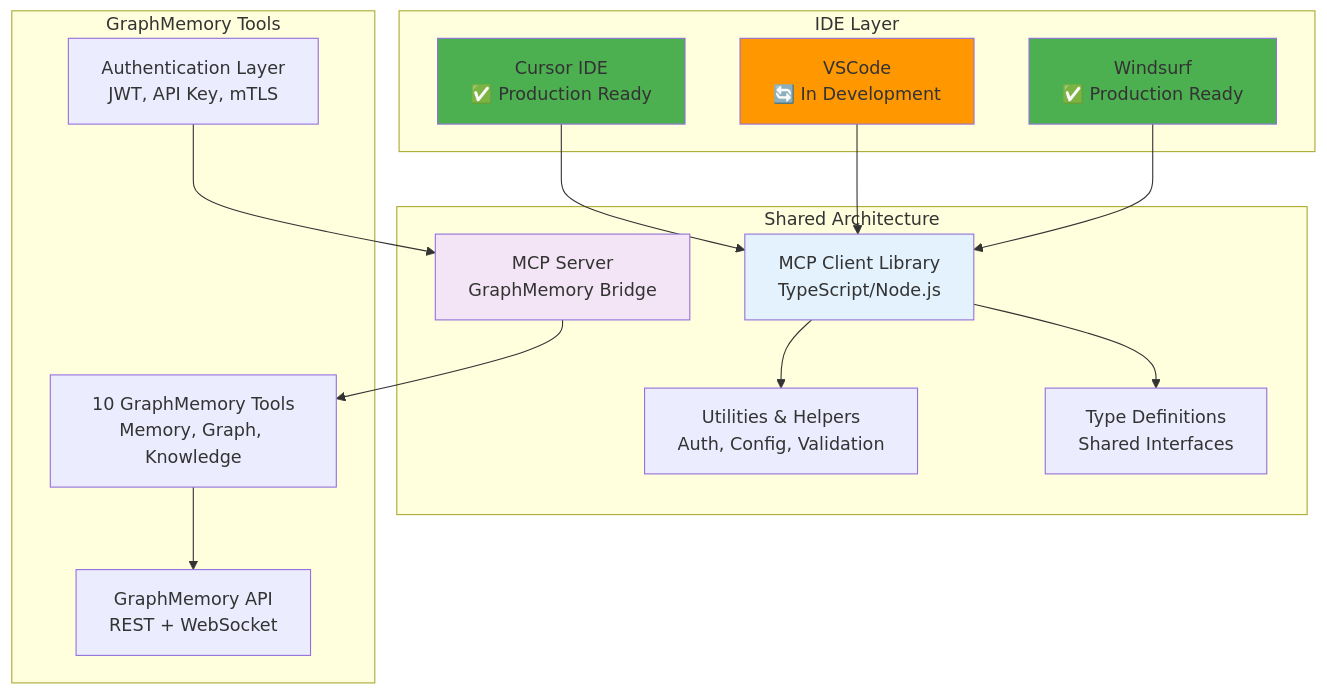
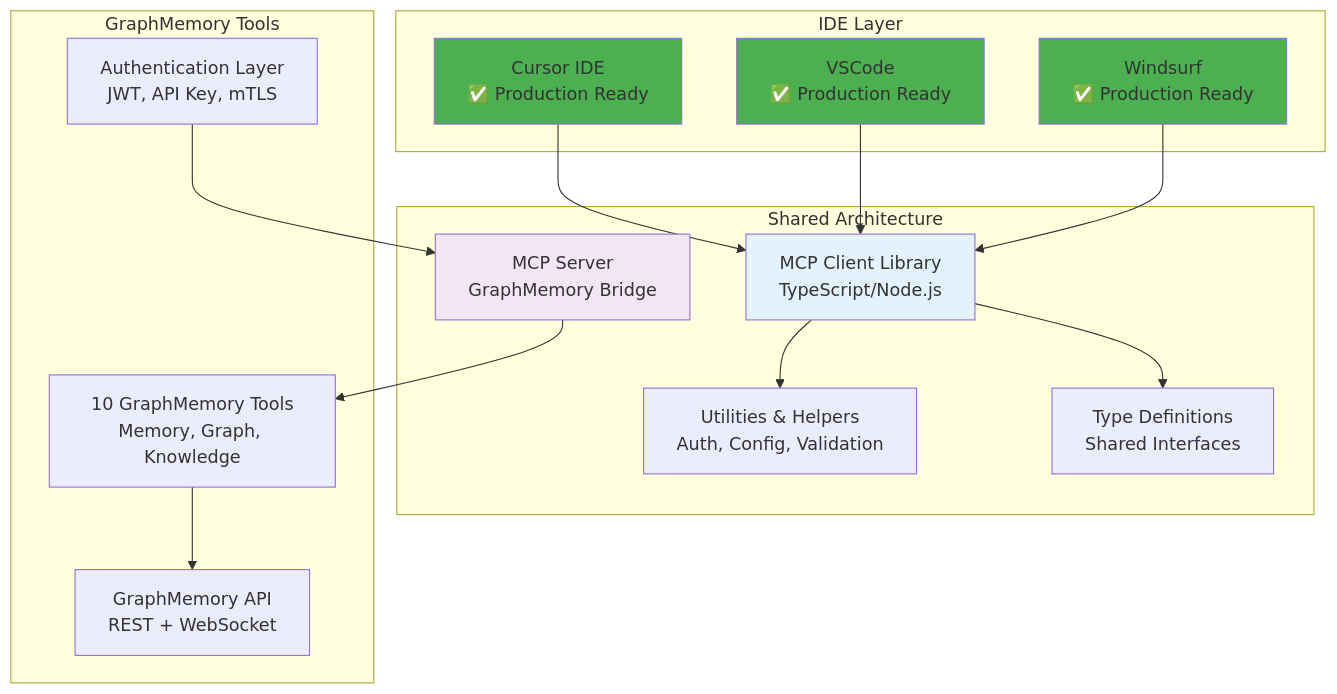
The sixth of 18 diagrams in README.md (elementalcollision/GraphMemory-IDE), drawn with Mermaid before and after one commit. The commit also changed other lines of this file and 14 other files, not shown here.

````diff
--- a/README.md
+++ b/README.md
@@ -354,38 +354,38 @@
 ```mermaid
 graph TB
     subgraph "IDE Layer"
         CURSOR[Cursor IDE<br/>✅ Production Ready]
-        VSCODE[VSCode<br/>🔄 In Development]
+        VSCODE[VSCode<br/>✅ Production Ready]
         WINDSURF[Windsurf<br/>✅ Production Ready]
     end
     
     subgraph "Shared Architecture"
         MCP_CLIENT[MCP Client Library<br/>TypeScript/Node.js]
         MCP_SERVER[MCP Server<br/>GraphMemory Bridge]
         UTILS[Utilities & Helpers<br/>Auth, Config, Validation]
         TYPES[Type Definitions<br/>Shared Interfaces]
     end
     
     subgraph "GraphMemory Tools"
         TOOLS[10 GraphMemory Tools<br/>Memory, Graph, Knowledge]
         AUTH[Authentication Layer<br/>JWT, API Key, mTLS]
         API[GraphMemory API<br/>REST + WebSocket]
     end
     
     CURSOR --> MCP_CLIENT
     VSCODE --> MCP_CLIENT
     WINDSURF --> MCP_CLIENT
     
     MCP_CLIENT --> UTILS
     MCP_CLIENT --> TYPES
     
     AUTH --> MCP_SERVER
     MCP_SERVER --> TOOLS
     TOOLS --> API
     
     style CURSOR fill:#4caf50
-    style VSCODE fill:#ff9800
+    style VSCODE fill:#4caf50
     style WINDSURF fill:#4caf50
     style MCP_CLIENT fill:#e3f2fd
     style MCP_SERVER fill:#f3e5f5
 ```
````
